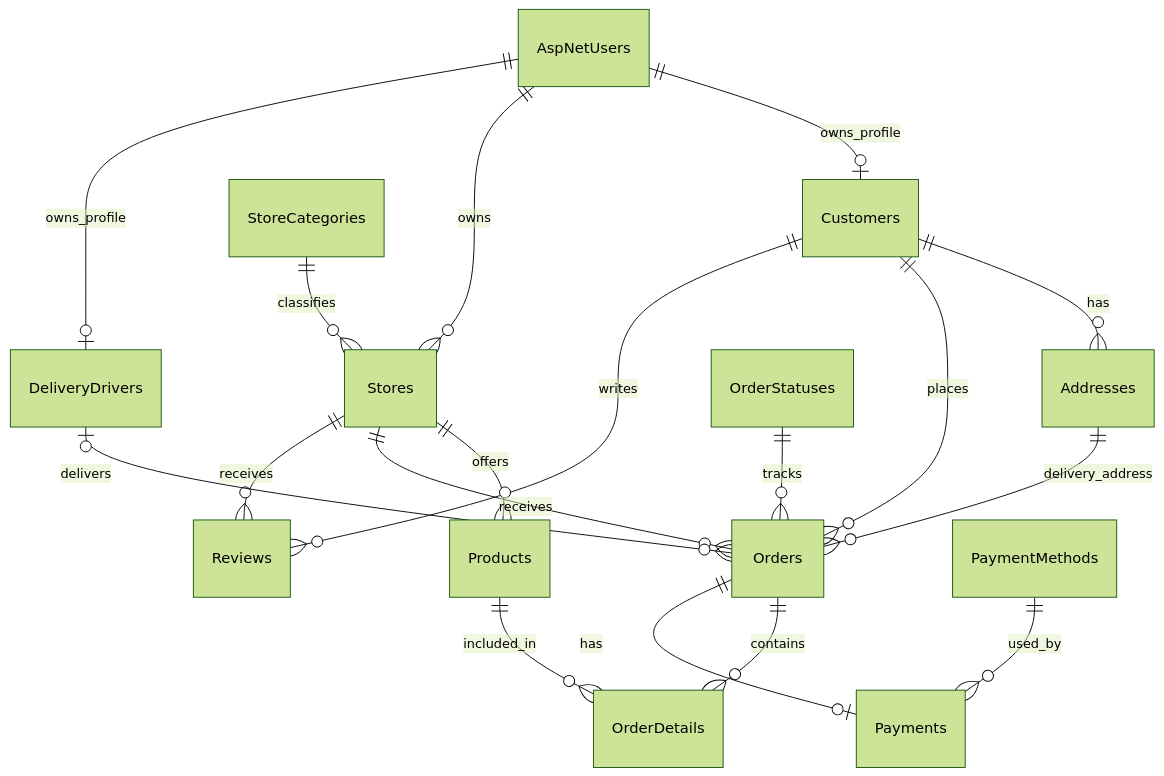
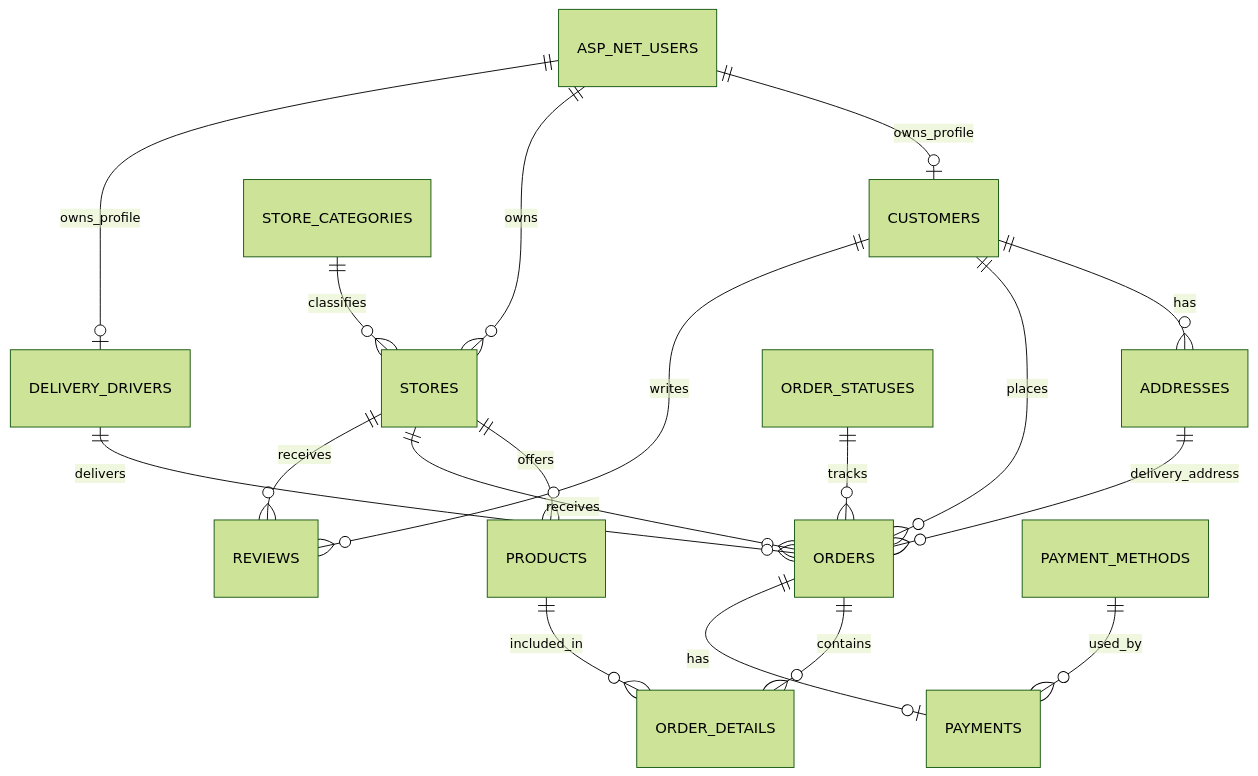
Before and after one commit to jeffersonmejia/orbi-app: the sixth of 6 diagrams in docs/ARCHITECTURE.md, drawn with Mermaid (forest theme). The commit also changed other lines of this file, not shown here.

Commit message:
docs(architecture): fix mermaid diagrams

````diff
--- a/docs/ARCHITECTURE.md
+++ b/docs/ARCHITECTURE.md
@@ -138,24 +138,24 @@
 ```mermaid
 erDiagram
-    AspNetUsers ||--o| Customers : owns_profile
-    AspNetUsers ||--o{ Stores : owns
-    AspNetUsers ||--o| DeliveryDrivers : owns_profile
+    ASP_NET_USERS ||--o| CUSTOMERS : owns_profile
+    ASP_NET_USERS ||--o{ STORES : owns
+    ASP_NET_USERS ||--o| DELIVERY_DRIVERS : owns_profile
 
-    Customers ||--o{ Addresses : has
-    Customers ||--o{ Orders : places
-    Customers ||--o{ Reviews : writes
+    CUSTOMERS ||--o{ ADDRESSES : has
+    CUSTOMERS ||--o{ ORDERS : places
+    CUSTOMERS ||--o{ REVIEWS : writes
 
-    StoreCategories ||--o{ Stores : classifies
-    Stores ||--o{ Products : offers
-    Stores ||--o{ Orders : receives
-    Stores ||--o{ Reviews : receives
+    STORE_CATEGORIES ||--o{ STORES : classifies
+    STORES ||--o{ PRODUCTS : offers
+    STORES ||--o{ ORDERS : receives
+    STORES ||--o{ REVIEWS : receives
 
-    Addresses ||--o{ Orders : delivery_address
-    OrderStatuses ||--o{ Orders : tracks
-    DeliveryDrivers o|--o{ Orders : delivers
+    ADDRESSES ||--o{ ORDERS : delivery_address
+    ORDER_STATUSES ||--o{ ORDERS : tracks
+    DELIVERY_DRIVERS ||--o{ ORDERS : delivers
 
-    Orders ||--o{ OrderDetails : contains
-    Products ||--o{ OrderDetails : included_in
-    Orders ||--o| Payments : has
-    PaymentMethods ||--o{ Payments : used_by
+    ORDERS ||--o{ ORDER_DETAILS : contains
+    PRODUCTS ||--o{ ORDER_DETAILS : included_in
+    ORDERS ||--o| PAYMENTS : has
+    PAYMENT_METHODS ||--o{ PAYMENTS : used_by
 ```
````
